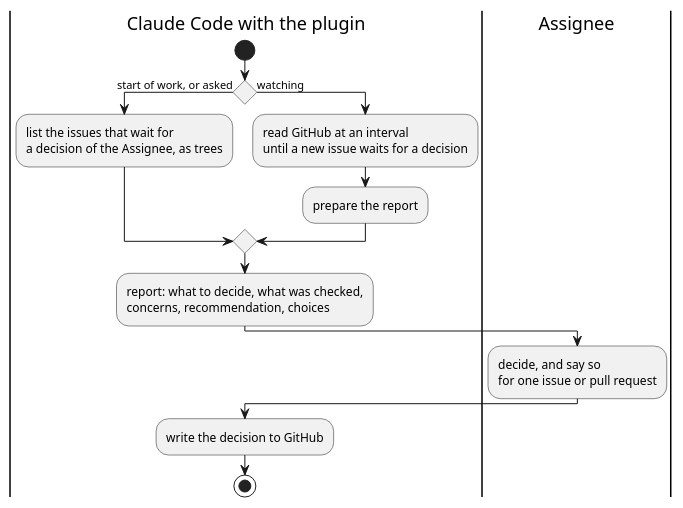
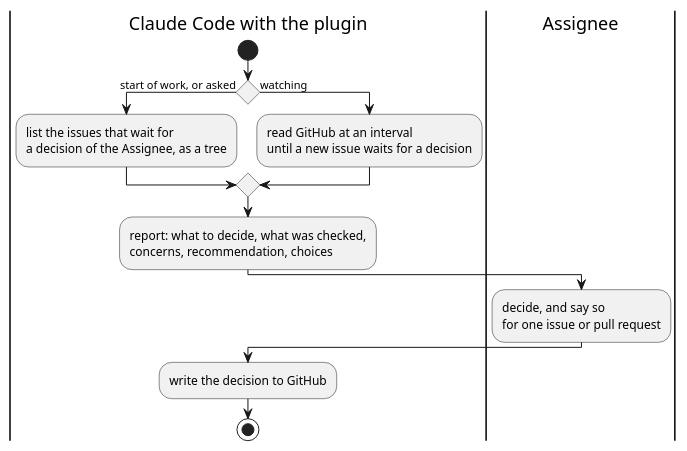
The diagram in docs/ja/requirements/decide/overview.puml (cloveclovedev/cumin-works), drawn with PlantUML before and after one commit. The commit also changed 10 other files, not shown here.

```diff
--- a/docs/ja/requirements/decide/overview.puml
+++ b/docs/ja/requirements/decide/overview.puml
@@ -1,20 +1,19 @@
 @startuml overview
 ' cumin-works - how an Assignee decides together with the Claude Code with the plugin.
 ' Render: run scripts/render-diagrams.sh at the root of the repository.
 
 |Claude Code with the plugin|
 start
 if () then (start of work, or asked)
-  :list the issues that wait for\na decision of the Assignee, as trees;
+  :list the issues that wait for\na decision of the Assignee, as a tree;
 else (watching)
   :read GitHub at an interval\nuntil a new issue waits for a decision;
-  :prepare the report;
-endif
+  endif
 :report: what to decide, what was checked,\nconcerns, recommendation, choices;
 |Assignee|
 :decide, and say so\nfor one issue or pull request;
 |Claude Code with the plugin|
 :write the decision to GitHub;
 stop
 
 @enduml
```
